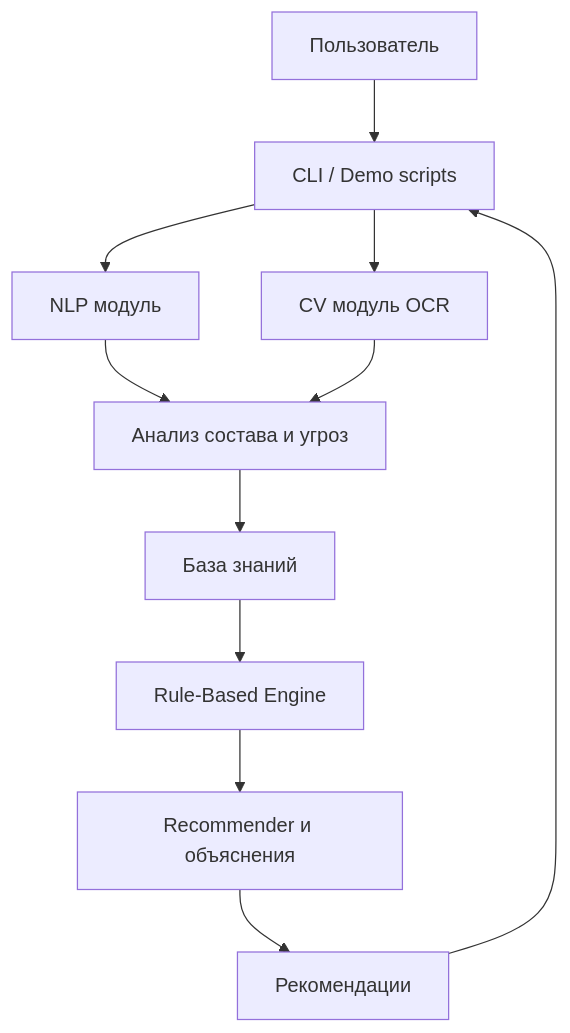
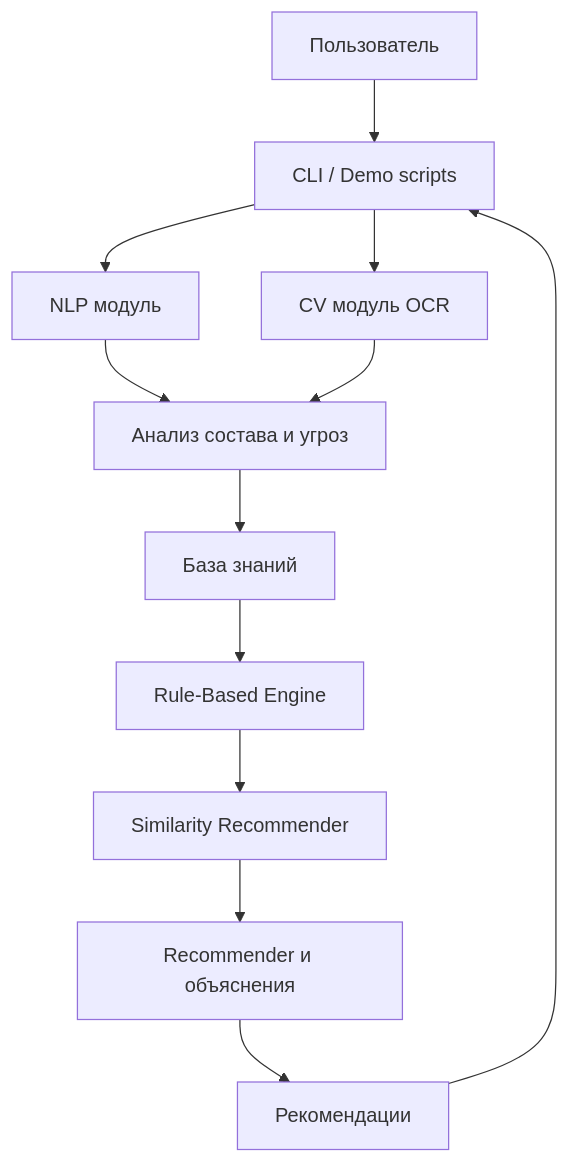
The diagram in README.md (miyamurazxc/dota-ai-assistant), drawn with Mermaid before and after one commit. The commit also changed other lines of this file, not shown here.

````diff
--- a/README.md
+++ b/README.md
@@ -41,13 +67,14 @@
 ```mermaid
 flowchart TD
     U[Пользователь] --> UI[CLI / Demo scripts]
     UI --> NLP[NLP модуль]
     UI --> CV[CV модуль OCR]
     NLP --> ANALYZE[Анализ состава и угроз]
     CV --> ANALYZE
     ANALYZE --> KB[База знаний]
     KB --> RULES[Rule-Based Engine]
-    RULES --> REC[Recommender и объяснения]
+    RULES --> SIM[Similarity Recommender]
+    SIM --> REC[Recommender и объяснения]
     REC --> OUT[Рекомендации]
     OUT --> UI
 ```
````
